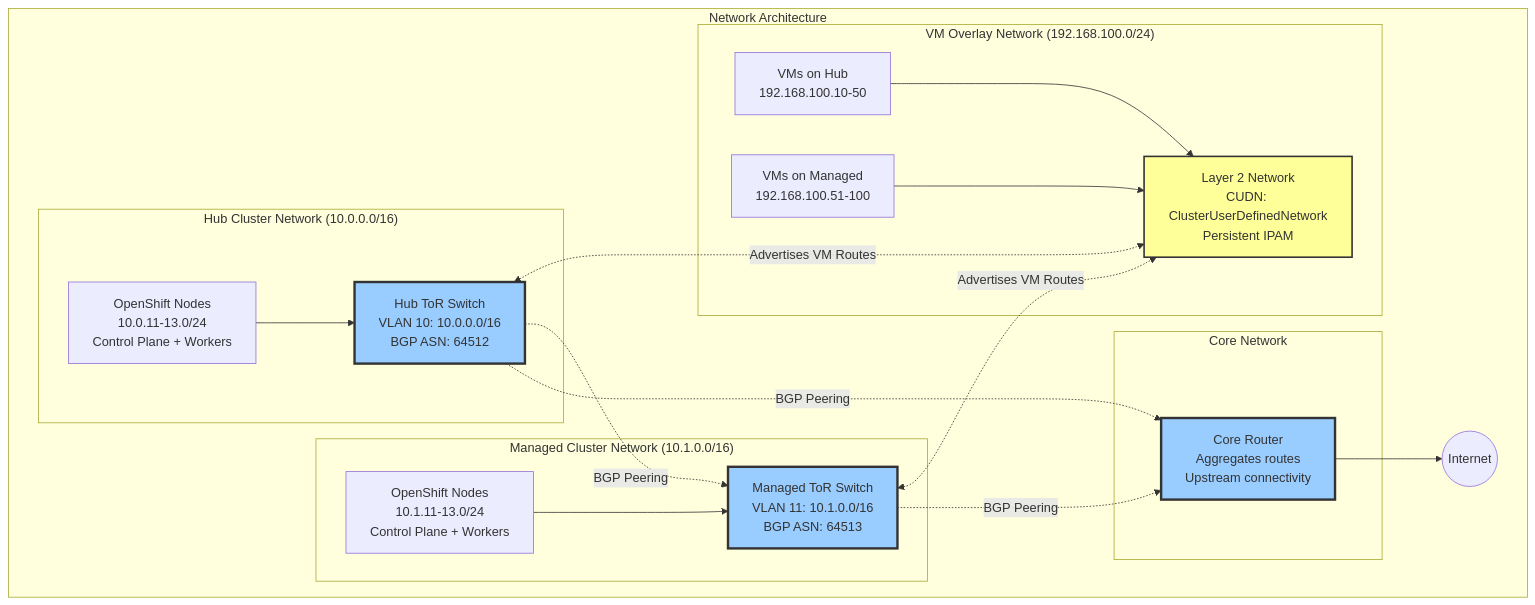
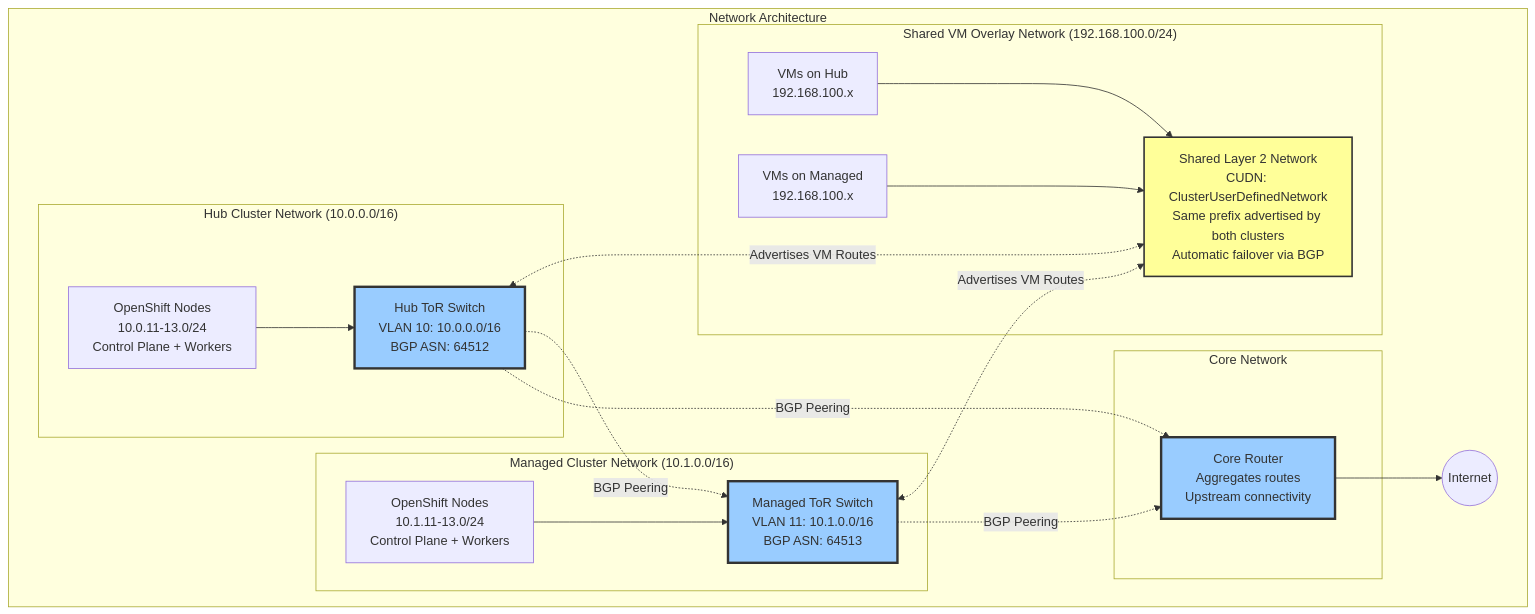
The second of 7 diagrams in docs/logical-architecture.md (mathianasj/virt-git-sync-demo), drawn with Mermaid before and after one commit. The commit also changed other lines of this file and 1 other file, not shown here.

First line of the commit message:
Update generic architecture diagrams for shared CUDN and dynamic failover

````diff
--- a/docs/logical-architecture.md
+++ b/docs/logical-architecture.md
@@ -74,48 +74,48 @@
 ```mermaid
 graph TB
     subgraph "Network Architecture"
         subgraph "Hub Cluster Network (10.0.0.0/16)"
             HubNodes[OpenShift Nodes<br/>10.0.11-13.0/24<br/>Control Plane + Workers]
             
             HubToR[Hub ToR Switch<br/>VLAN 10: 10.0.0.0/16<br/>BGP ASN: 64512]
             
             HubNodes --> HubToR
         end
         
         subgraph "Managed Cluster Network (10.1.0.0/16)"
             MgdNodes[OpenShift Nodes<br/>10.1.11-13.0/24<br/>Control Plane + Workers]
             
             MgdToR[Managed ToR Switch<br/>VLAN 11: 10.1.0.0/16<br/>BGP ASN: 64513]
             
             MgdNodes --> MgdToR
         end
         
-        subgraph "VM Overlay Network (192.168.100.0/24)"
-            VMCIDR[Layer 2 Network<br/>CUDN: ClusterUserDefinedNetwork<br/>Persistent IPAM]
+        subgraph "Shared VM Overlay Network (192.168.100.0/24)"
+            VMCIDR[Shared Layer 2 Network<br/>CUDN: ClusterUserDefinedNetwork<br/>Same prefix advertised by both clusters<br/>Automatic failover via BGP]
             
-            HubVMs[VMs on Hub<br/>192.168.100.10-50]
-            MgdVMs[VMs on Managed<br/>192.168.100.51-100]
+            HubVMs[VMs on Hub<br/>192.168.100.x]
+            MgdVMs[VMs on Managed<br/>192.168.100.x]
             
             HubVMs --> VMCIDR
             MgdVMs --> VMCIDR
         end
         
         subgraph "Core Network"
             CoreRouter[Core Router<br/>Aggregates routes<br/>Upstream connectivity]
             
             HubToR -.BGP Peering.-> CoreRouter
             MgdToR -.BGP Peering.-> CoreRouter
             HubToR -.BGP Peering.-> MgdToR
         end
         
         HubToR <-.Advertises VM Routes.-> VMCIDR
         MgdToR <-.Advertises VM Routes.-> VMCIDR
         
         CoreRouter --> Internet((Internet))
     end
     
     style HubToR fill:#9cf,stroke:#333,stroke-width:3px
     style MgdToR fill:#9cf,stroke:#333,stroke-width:3px
     style CoreRouter fill:#9cf,stroke:#333,stroke-width:3px
     style VMCIDR fill:#ff9,stroke:#333,stroke-width:2px
 ```
````
